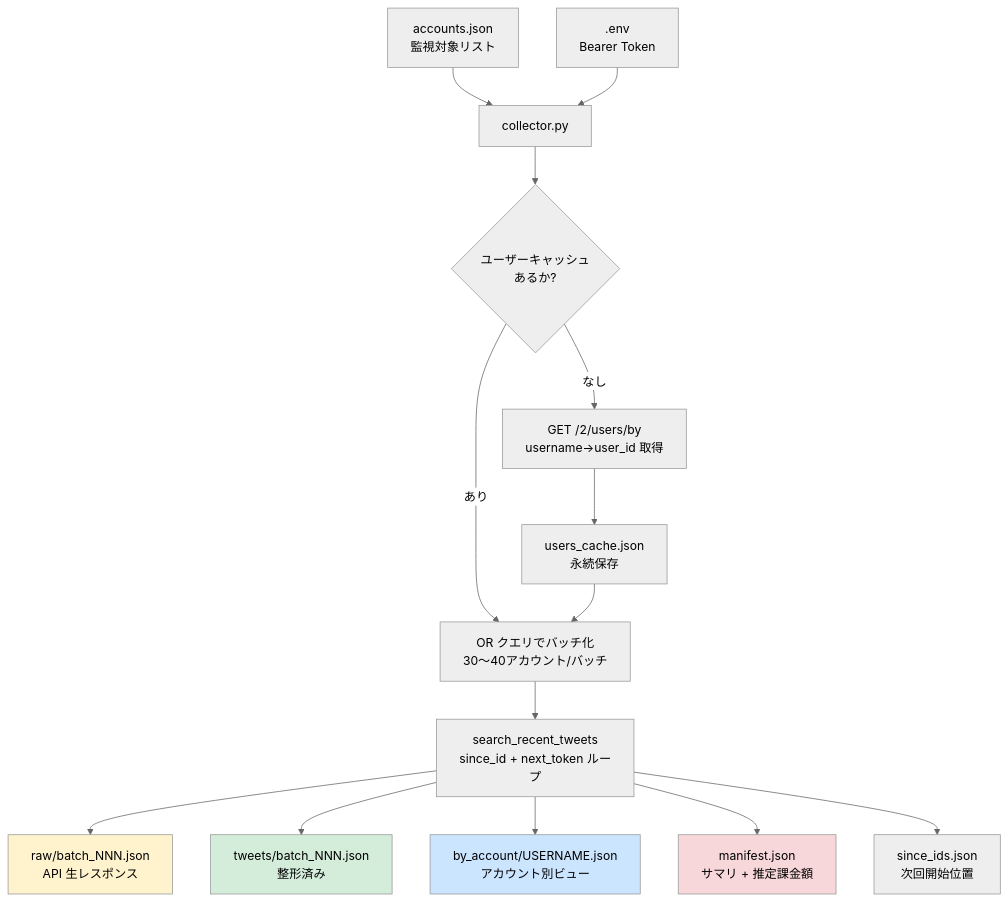
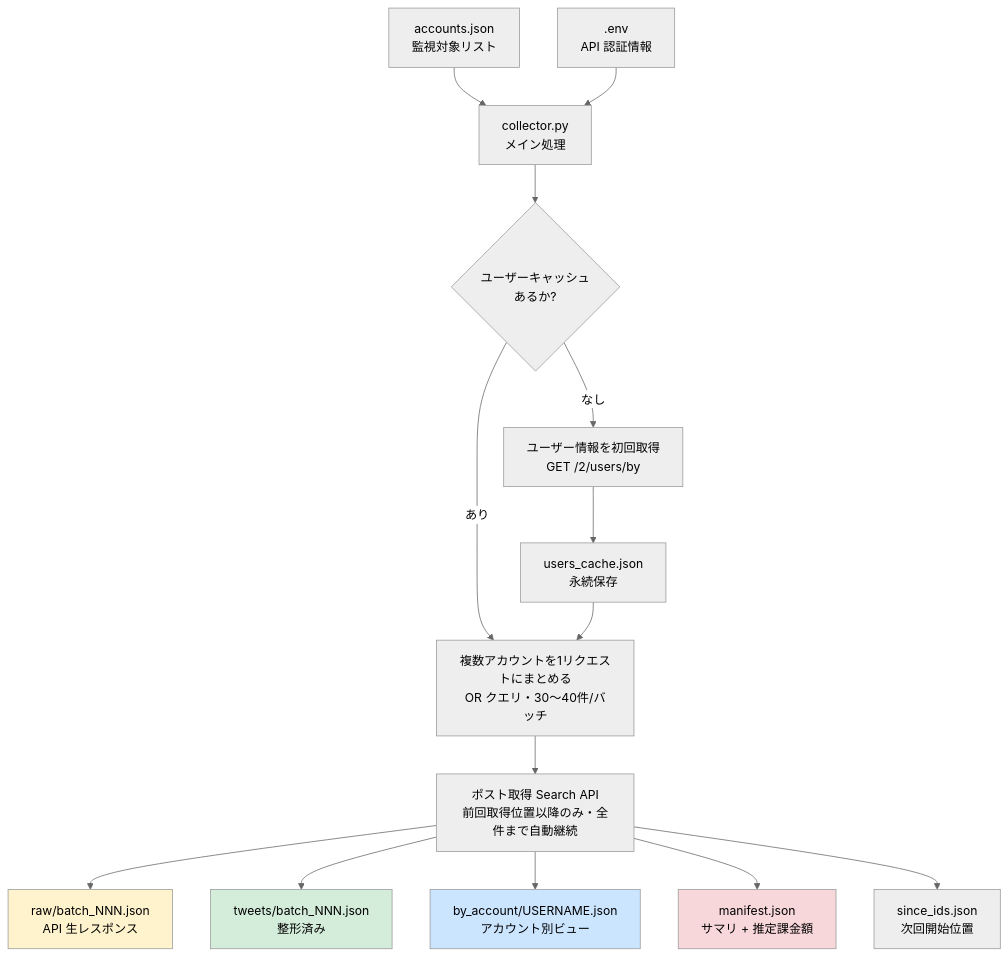
One commit to 123yosuke456789-afk/x-post-collector changed the diagram in README.md. Above: the diagram before and after it, drawn with Mermaid (neutral theme).

Commit message:
README のアーキテクチャ図を読み手起点に書き換え
依頼主視点で図のアクションノードに英語が密集していた問題を解消。
ファイル名ノードはそのまま（実物の名前なので変えない）、
アクションノード（B/D/E/G/H）のラベルを「動作の日本語を前面、英語の API/関数名は補足」
の順に変更：

- B: collector.py → collector.py / メイン処理
- E: .env / Bearer Token → .env / API 認証情報
- D: GET /2/users/by / username→user_id 取得 → ユーザー情報を初回取得 / GET /2/users/by
- G: OR クエリでバッチ化 / 30〜40アカウント/バッチ
     → 複数アカウントを1リクエストにまとめる / OR クエリ・30〜40件/バッチ
- H: search_recent_tweets / since_id + next_token ループ
     → ポスト取得 Search API / 前回取得位置以降のみ・全件まで自動継続

これで図の用語メモ（next_token / expansion / アトミック書き込み）に頼らなくても
依頼主が「何をしているか」を読めるようになる。

````diff
--- a/README.md
+++ b/README.md
@@ -390,23 +390,23 @@
 ```mermaid
 flowchart TD
-    A[accounts.json<br/>監視対象リスト] --> B[collector.py]
-    E[.env<br/>Bearer Token] --> B
+    A[accounts.json<br/>監視対象リスト] --> B[collector.py<br/>メイン処理]
+    E[.env<br/>API 認証情報] --> B
 
     B --> C{ユーザーキャッシュ<br/>あるか?}
-    C -- なし --> D[GET /2/users/by<br/>username→user_id 取得]
+    C -- なし --> D[ユーザー情報を初回取得<br/>GET /2/users/by]
     D --> F[users_cache.json<br/>永続保存]
     C -- あり --> G
 
-    F --> G[OR クエリでバッチ化<br/>30〜40アカウント/バッチ]
-    G --> H[search_recent_tweets<br/>since_id + next_token ループ]
+    F --> G[複数アカウントを1リクエストにまとめる<br/>OR クエリ・30〜40件/バッチ]
+    G --> H[ポスト取得 Search API<br/>前回取得位置以降のみ・全件まで自動継続]
     H --> I[raw/batch_NNN.json<br/>API 生レスポンス]
     H --> J[tweets/batch_NNN.json<br/>整形済み]
     H --> K[by_account/USERNAME.json<br/>アカウント別ビュー]
     H --> L[manifest.json<br/>サマリ + 推定課金額]
     H --> M[since_ids.json<br/>次回開始位置]
 
     style I fill:#fff3cd
     style J fill:#d4edda
     style K fill:#cce5ff
     style L fill:#f8d7da
 ```
````
